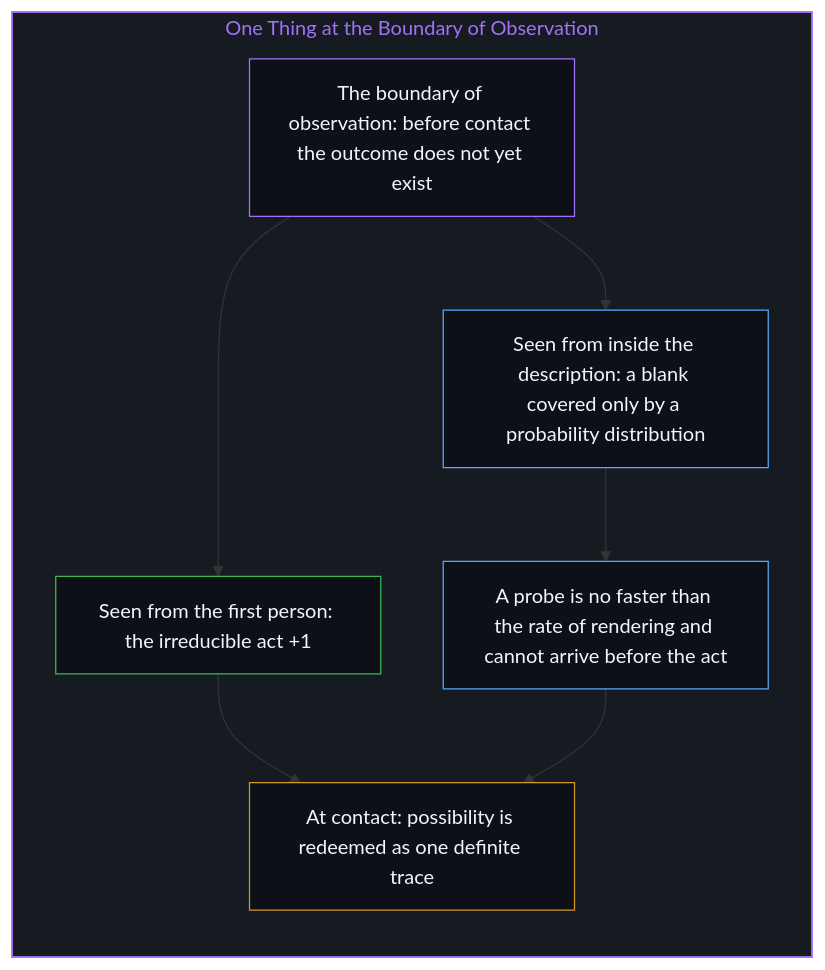
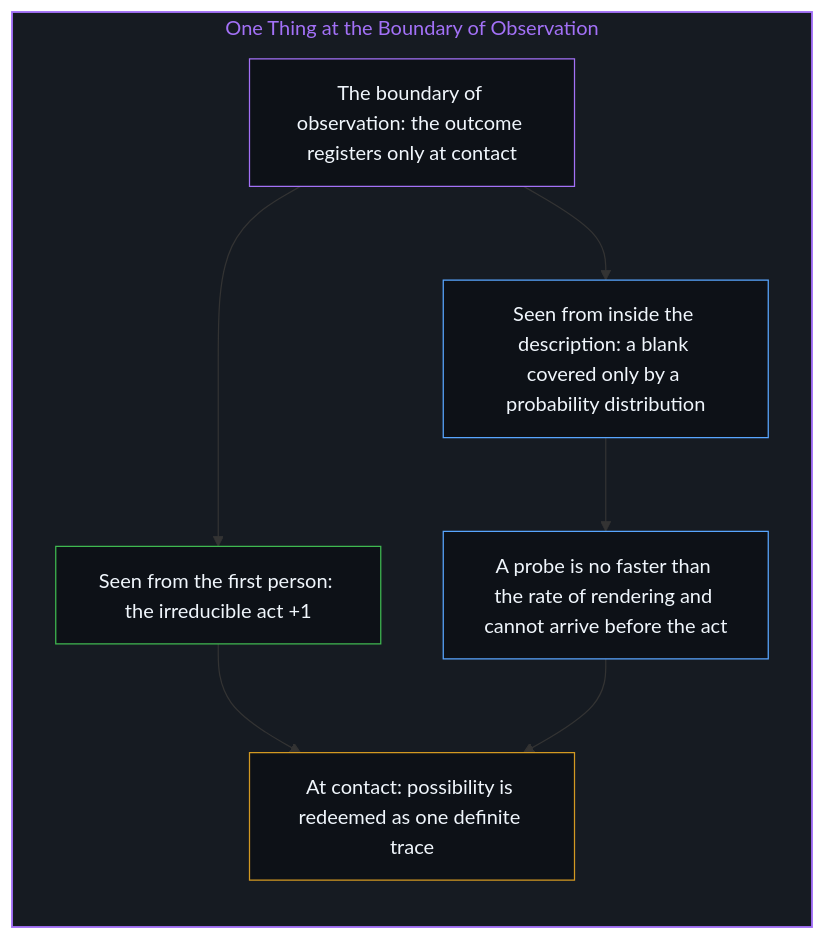
Before and after one commit to powerpig99/not-a-toe: the sixth of 12 diagrams in content/posts/when-electrons-think.md, drawn with Mermaid. The commit also changed other lines of this file and 27 other files, not shown here.

````diff
--- a/content/posts/when-electrons-think.md
+++ b/content/posts/when-electrons-think.md
@@ -187,23 +182,22 @@
 ```mermaid
 flowchart TD
     subgraph S_Faces["One Thing at the Boundary of Observation"]
         direction TB
-        Edge["The boundary of observation: before contact the outcome does not yet exist"]
+        Edge["The boundary of observation: the outcome registers only at contact"]
         First["Seen from the first person: the irreducible act +1"]
         Third["Seen from inside the description: a blank covered only by a probability distribution"]
         Probe["A probe is no faster than the rate of rendering and cannot arrive before the act"]
         Trace["At contact: possibility is redeemed as one definite trace"]
         Edge --> First
         Edge --> Third
         Third --> Probe
         First --> Trace
         Probe --> Trace
     end
-
     style S_Faces fill:#161b22,stroke:#a371f7,stroke-width:1.5px,color:#a371f7
     style Edge fill:#0d1117,stroke:#a371f7,stroke-width:1px,color:#f0f6fc
     style First fill:#0d1117,stroke:#3fb950,stroke-width:1px,color:#f0f6fc
     style Third fill:#0d1117,stroke:#58a6ff,stroke-width:1px,color:#f0f6fc
     style Probe fill:#0d1117,stroke:#58a6ff,stroke-width:1px,color:#f0f6fc
     style Trace fill:#0d1117,stroke:#d29922,stroke-width:1px,color:#f0f6fc
 ```
````
